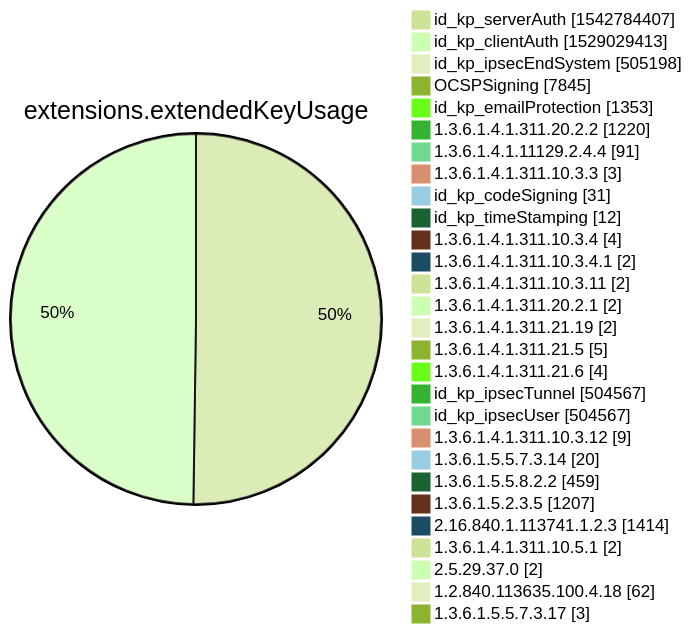
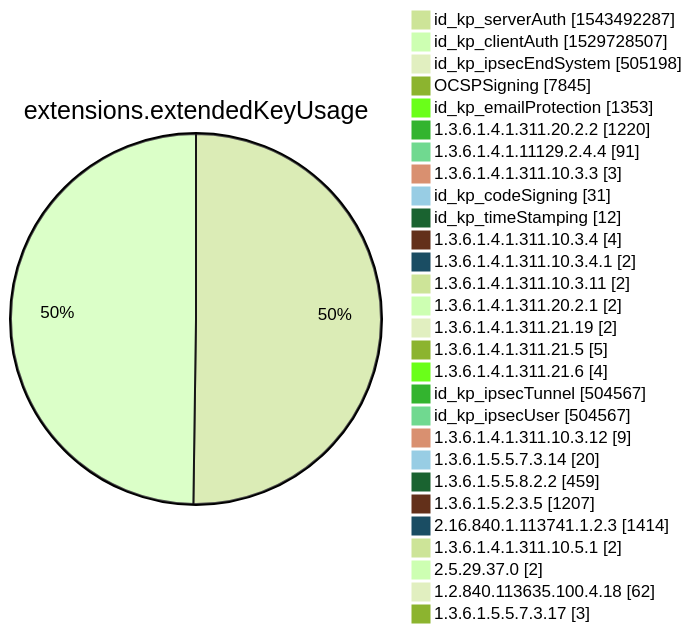
One commit to christiankrug/ctmonitor_visualization changed diagram 12 of 15 in xenon2022/README.md. Above: the diagram before and after it, drawn with Mermaid (forest theme). The commit also changed other lines of this file, not shown here.

````diff
--- a/xenon2022/README.md
+++ b/xenon2022/README.md
@@ -3880,32 +3880,32 @@
 ```mermaid
 pie showData
 title extensions.extendedKeyUsage
-"id_kp_serverAuth" :1542784407
-"id_kp_clientAuth" :1529029413
+"id_kp_serverAuth" :1543492287
+"id_kp_clientAuth" :1529728507
 "id_kp_ipsecEndSystem" :505198
 "OCSPSigning" :7845
 "id_kp_emailProtection" :1353
 "1.3.6.1.4.1.311.20.2.2" :1220
 "1.3.6.1.4.1.11129.2.4.4" :91
 "1.3.6.1.4.1.311.10.3.3" :3
 "id_kp_codeSigning" :31
 "id_kp_timeStamping" :12
 "1.3.6.1.4.1.311.10.3.4" :4
 "1.3.6.1.4.1.311.10.3.4.1" :2
 "1.3.6.1.4.1.311.10.3.11" :2
 "1.3.6.1.4.1.311.20.2.1" :2
 "1.3.6.1.4.1.311.21.19" :2
 "1.3.6.1.4.1.311.21.5" :5
 "1.3.6.1.4.1.311.21.6" :4
 "id_kp_ipsecTunnel" :504567
 "id_kp_ipsecUser" :504567
 "1.3.6.1.4.1.311.10.3.12" :9
 "1.3.6.1.5.5.7.3.14" :20
 "1.3.6.1.5.5.8.2.2" :459
 "1.3.6.1.5.2.3.5" :1207
 "2.16.840.1.113741.1.2.3" :1414
 "1.3.6.1.4.1.311.10.5.1" :2
 "2.5.29.37.0" :2
 "1.2.840.113635.100.4.18" :62
 "1.3.6.1.5.5.7.3.17" :3
 ```
````
